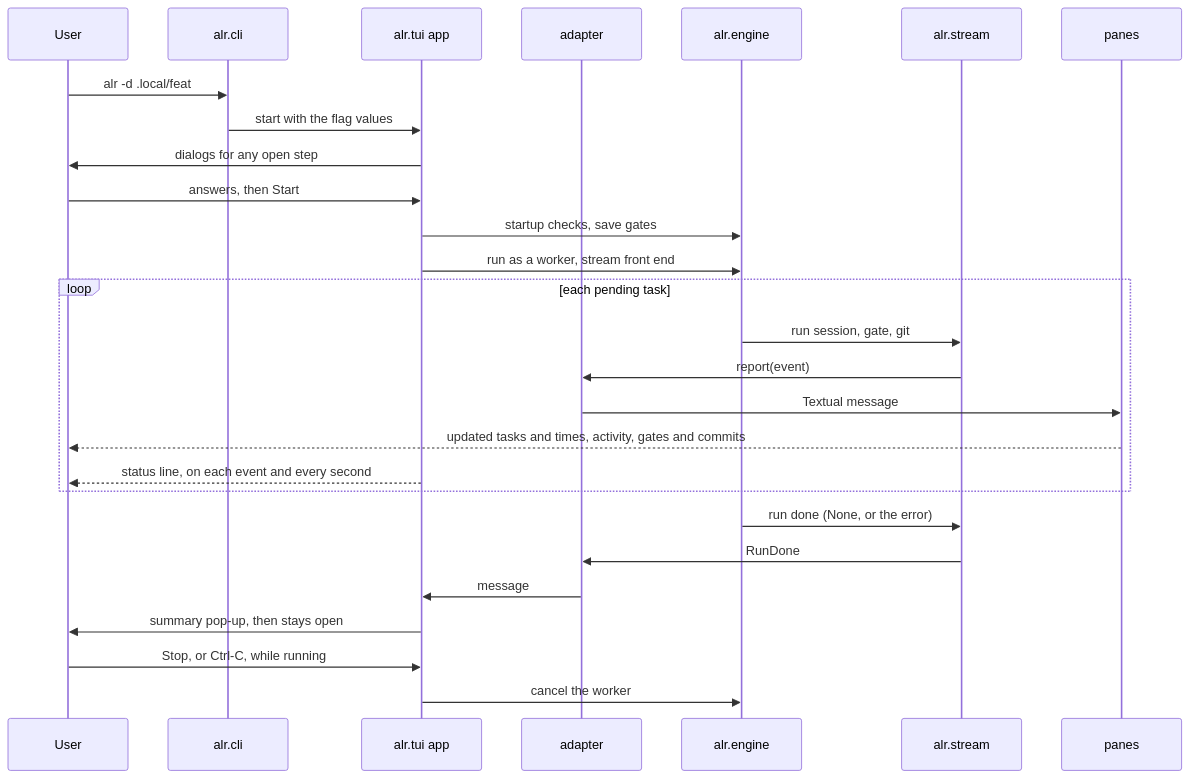
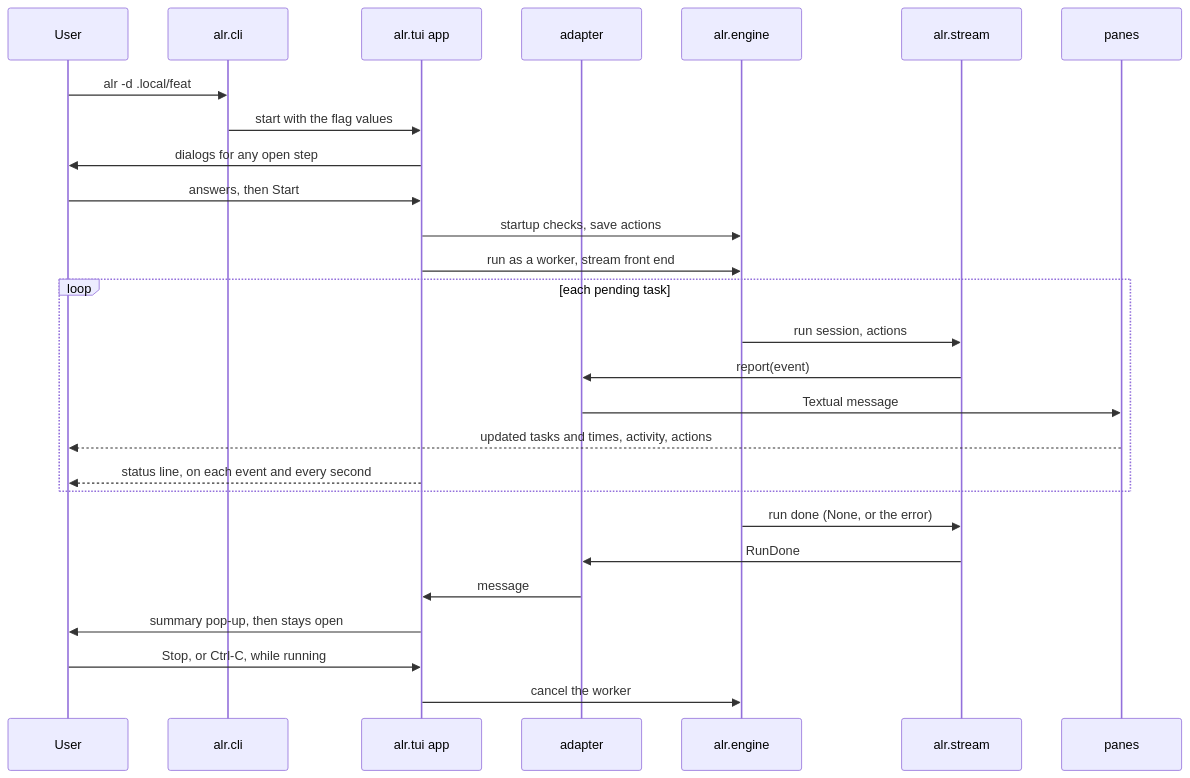
The fourth of 5 diagrams in docs/design/03_system_architecture.md (twistingmercury/agentic_loop_runner), drawn with Mermaid before and after one commit. The commit also changed other lines of this file and 70 other files, not shown here.

First line of the commit message:
Replace `--commit` with `after_task` and `after_run` actions (ADR-026) (#12)

````diff
--- a/docs/design/03_system_architecture.md
+++ b/docs/design/03_system_architecture.md
@@ -497,30 +452,30 @@
 ```mermaid
 %%{init: {"themeVariables": {"actorTextColor": "#000000"}}}%%
 sequenceDiagram
     participant User
     participant CLI as alr.cli
     participant App as alr.tui app
     participant Adapter as adapter
     participant Engine as alr.engine
     participant Stream as alr.stream
     participant Panes as panes
     User ->> CLI: alr -d .local/feat
     CLI ->> App: start with the flag values
     App ->> User: dialogs for any open step
     User ->> App: answers, then Start
-    App ->> Engine: startup checks, save gates
+    App ->> Engine: startup checks, save actions
     App ->> Engine: run as a worker, stream front end
     loop each pending task
-        Engine ->> Stream: run session, gate, git
+        Engine ->> Stream: run session, actions
         Stream ->> Adapter: report(event)
         Adapter ->> Panes: Textual message
-        Panes -->> User: updated tasks and times, activity, gates and commits
+        Panes -->> User: updated tasks and times, activity, actions
         App -->> User: status line, on each event and every second
     end
     Engine ->> Stream: run done (None, or the error)
     Stream ->> Adapter: RunDone
     Adapter ->> App: message
     App ->> User: summary pop-up, then stays open
     User ->> App: Stop, or Ctrl-C, while running
     App ->> Engine: cancel the worker
 ```
````
